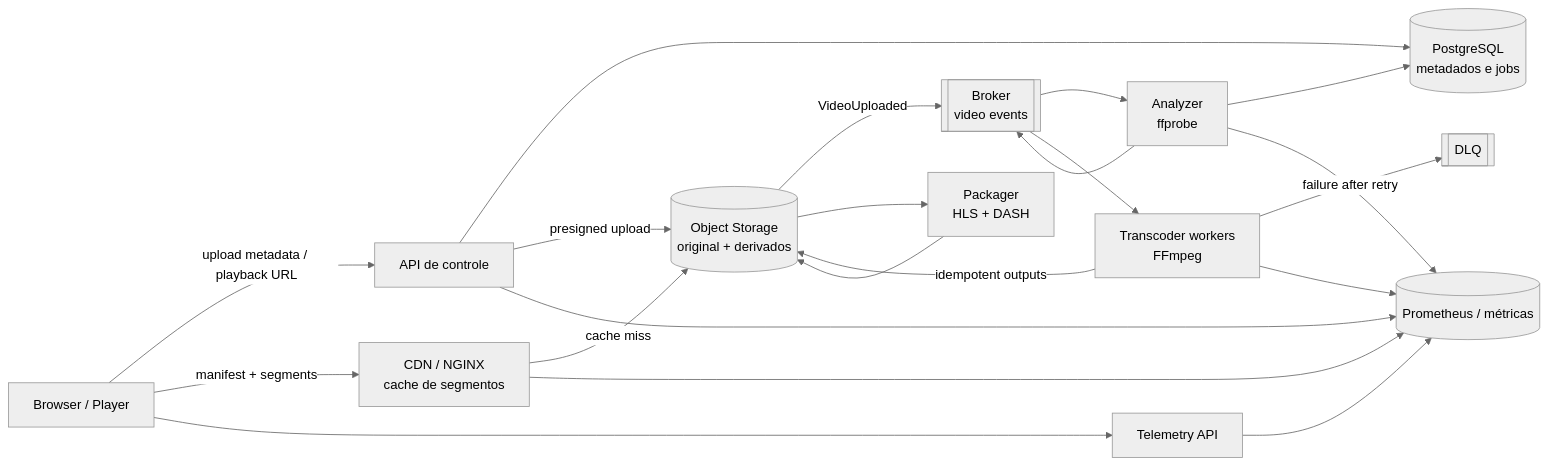
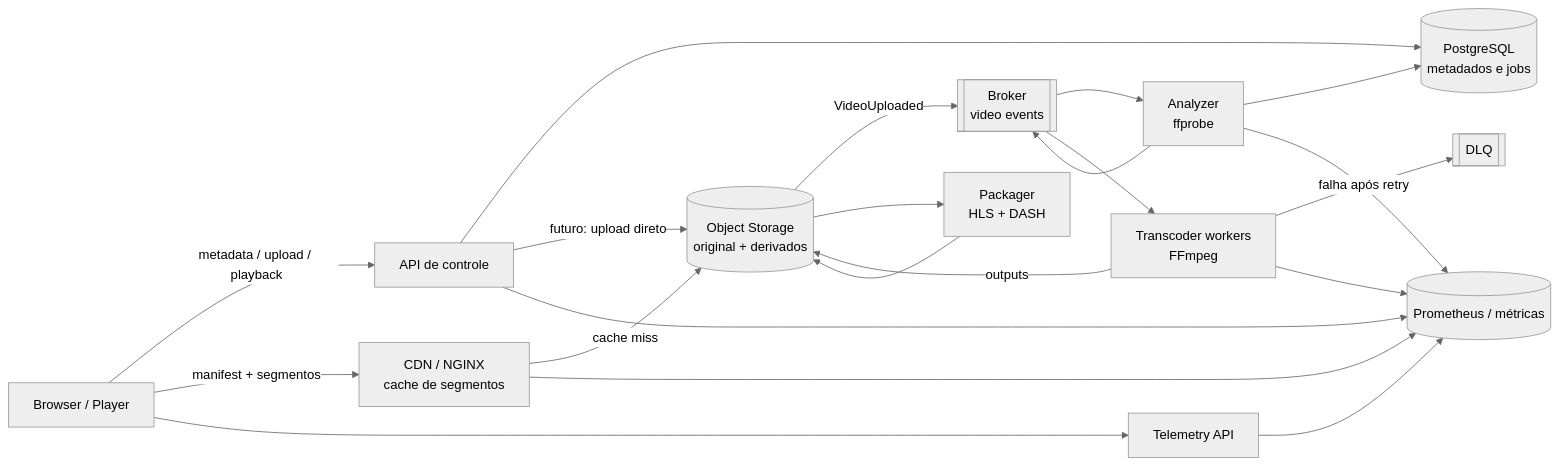
One commit to gabriel-roque/streamlab changed the second of 2 diagrams in docs/architecture/README.md. Above: the diagram before and after it, drawn with Mermaid (neutral theme). The commit also changed other lines of this file and 15 other files, not shown here.

````diff
--- a/docs/architecture/README.md
+++ b/docs/architecture/README.md
@@ -9,36 +42,36 @@
 ```mermaid
 flowchart LR
   client[Browser / Player]
   api[API de controle]
   catalog[(PostgreSQL\nmetadados e jobs)]
   object[(Object Storage\noriginal + derivados)]
   broker[[Broker\nvideo events]]
   analyzer[Analyzer\nffprobe]
   transcoder[Transcoder workers\nFFmpeg]
   packager[Packager\nHLS + DASH]
   cdn[CDN / NGINX\ncache de segmentos]
   telemetry[Telemetry API]
   metrics[(Prometheus / métricas)]
   dlq[[DLQ]]
 
-  client -->|upload metadata / playback URL| api
+  client -->|metadata / upload / playback| api
   api --> catalog
-  api -->|presigned upload| object
+  api -->|futuro: upload direto| object
   object -->|VideoUploaded| broker
   broker --> analyzer
   analyzer --> catalog
   analyzer --> broker
   broker --> transcoder
-  transcoder -->|idempotent outputs| object
-  transcoder -->|failure after retry| dlq
+  transcoder -->|outputs| object
+  transcoder -->|falha após retry| dlq
   object --> packager
   packager --> object
-  client -->|manifest + segments| cdn
+  client -->|manifest + segmentos| cdn
   cdn -->|cache miss| object
   client --> telemetry
   api --> metrics
   analyzer --> metrics
   transcoder --> metrics
   cdn --> metrics
   telemetry --> metrics
 ```
````
